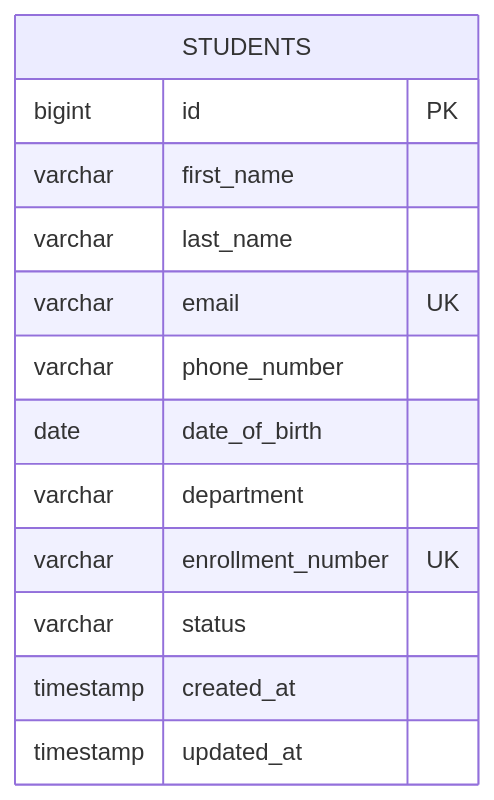
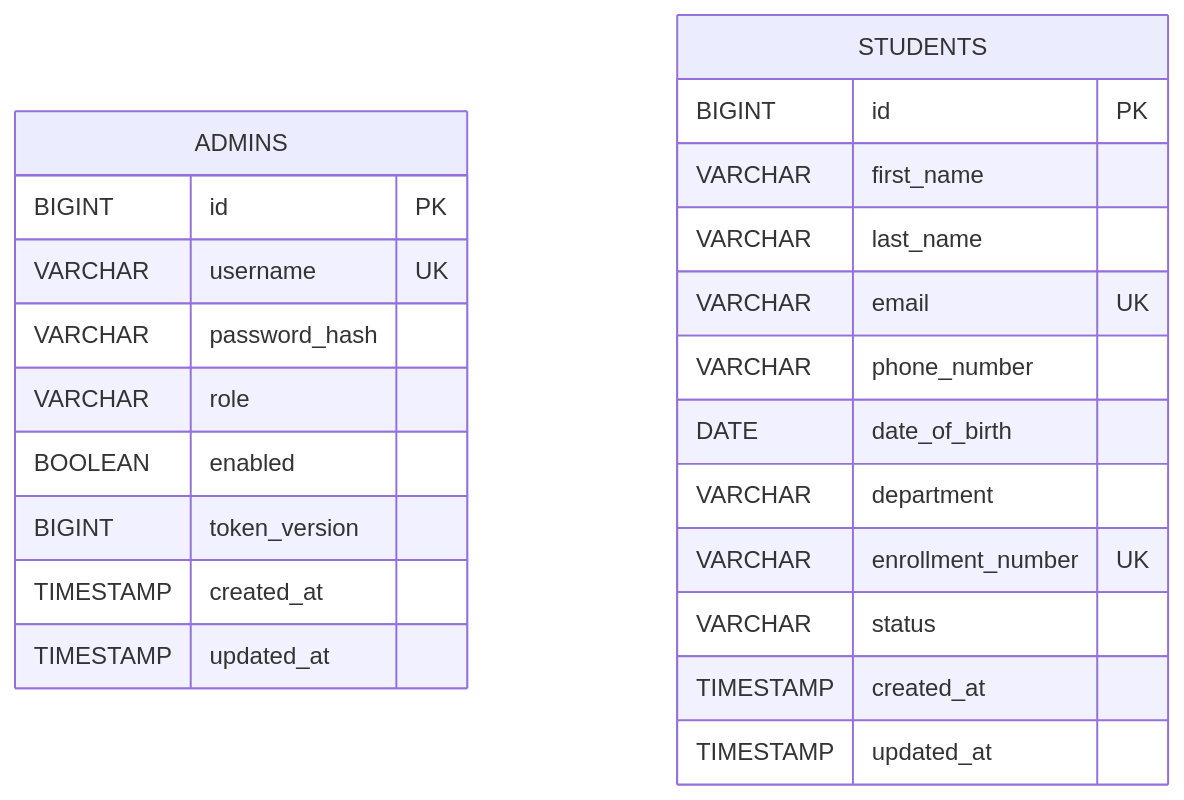
Before and after one commit to Apurba-G/student-management-system: the diagram in docs/diagrams/database-erd.mmd, drawn with Mermaid. The commit also changed 52 other files, not shown here.

First line of the commit message:
feat: complete dockerization, JWT auth flow, 4-status dashboard, and debounced search

```diff
--- a/docs/diagrams/database-erd.mmd
+++ b/docs/diagrams/database-erd.mmd
@@ -1,14 +1,26 @@
+
 erDiagram
+    ADMINS {
+        BIGINT id PK
+        VARCHAR username UK
+        VARCHAR password_hash
+        VARCHAR role
+        BOOLEAN enabled
+        BIGINT token_version
+        TIMESTAMP created_at
+        TIMESTAMP updated_at
+    }
+
     STUDENTS {
-        bigint id PK
-        varchar first_name
-        varchar last_name
-        varchar email UK
-        varchar phone_number
-        date date_of_birth
-        varchar department
-        varchar enrollment_number UK
-        varchar status
-        timestamp created_at
-        timestamp updated_at
+        BIGINT id PK
+        VARCHAR first_name
+        VARCHAR last_name
+        VARCHAR email UK
+        VARCHAR phone_number
+        DATE date_of_birth
+        VARCHAR department
+        VARCHAR enrollment_number UK
+        VARCHAR status
+        TIMESTAMP created_at
+        TIMESTAMP updated_at
     }
```
